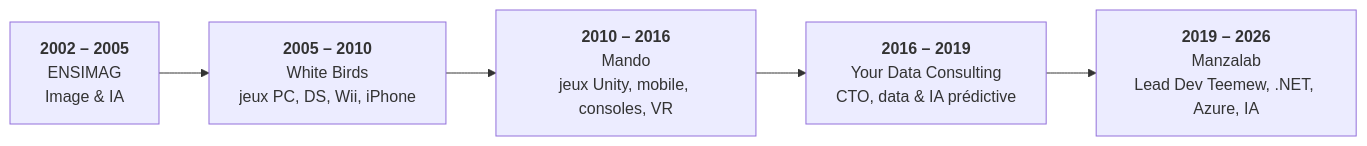
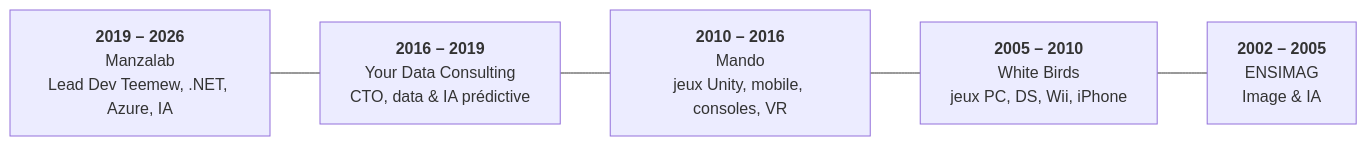
The diagram in portfolio/fr.md (fsimonpro/fsimonpro), drawn with Mermaid before and after one commit. The commit also changed 1 other file, not shown here.

Commit message:
Portfolio home: list periods from most recent to oldest

````diff
--- a/portfolio/fr.md
+++ b/portfolio/fr.md
@@ -7,7 +7,7 @@
 ```mermaid
 flowchart LR
-    E["<b>2002 – 2005</b><br/>ENSIMAG<br/>Image & IA"] --> W["<b>2005 – 2010</b><br/>White Birds<br/>jeux PC, DS, Wii, iPhone"]
-    W --> M["<b>2010 – 2016</b><br/>Mando<br/>jeux Unity, mobile, consoles, VR"]
-    M --> Y["<b>2016 – 2019</b><br/>Your Data Consulting<br/>CTO, data & IA prédictive"]
-    Y --> Z["<b>2019 – 2026</b><br/>Manzalab<br/>Lead Dev Teemew, .NET, Azure, IA"]
+    Z["<b>2019 – 2026</b><br/>Manzalab<br/>Lead Dev Teemew, .NET, Azure, IA"] --- Y["<b>2016 – 2019</b><br/>Your Data Consulting<br/>CTO, data & IA prédictive"]
+    Y --- M["<b>2010 – 2016</b><br/>Mando<br/>jeux Unity, mobile, consoles, VR"]
+    M --- W["<b>2005 – 2010</b><br/>White Birds<br/>jeux PC, DS, Wii, iPhone"]
+    W --- E["<b>2002 – 2005</b><br/>ENSIMAG<br/>Image & IA"]
 ```
````
